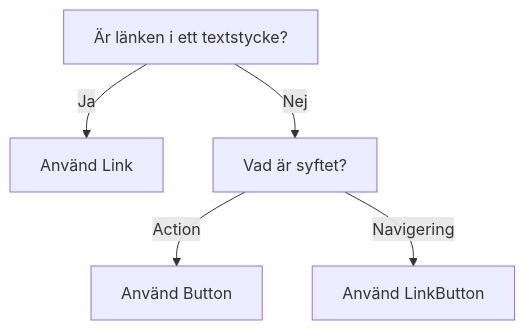
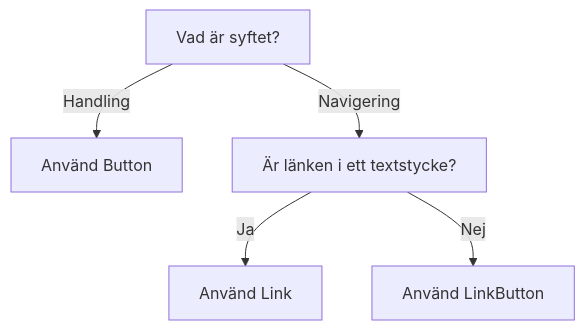
Before and after one commit to migrationsverket/midas: the diagram in apps/docs/docs/components/button.mdx, drawn with Mermaid. The commit also changed 2 other files, not shown here.

Commit message:
docs(button flowchart): fix flowchart order
DS-474

````diff
--- a/apps/docs/docs/components/button.mdx
+++ b/apps/docs/docs/components/button.mdx
@@ -48,10 +48,13 @@
 ```mermaid
 
 flowchart TD;
    
-    A[Är länken i ett textstycke?]:::primary-->|Ja| C[Använd Link]
-    A-->|Nej| B[Vad är syftet?]:::primary
-    B-->|Action| D[Använd Button]:::primary
-    B -->|Navigering| E[Använd LinkButton]
+    A[Vad är syftet?]:::primary
+    A-->|Handling| B[Använd Button]:::primary
+    A -->|Navigering| C[Är länken i ett textstycke?]
+    C--> |Ja| D[Använd Link]
+    C-->|Nej| E[Använd LinkButton]
+    
+    
      
 ```
````
